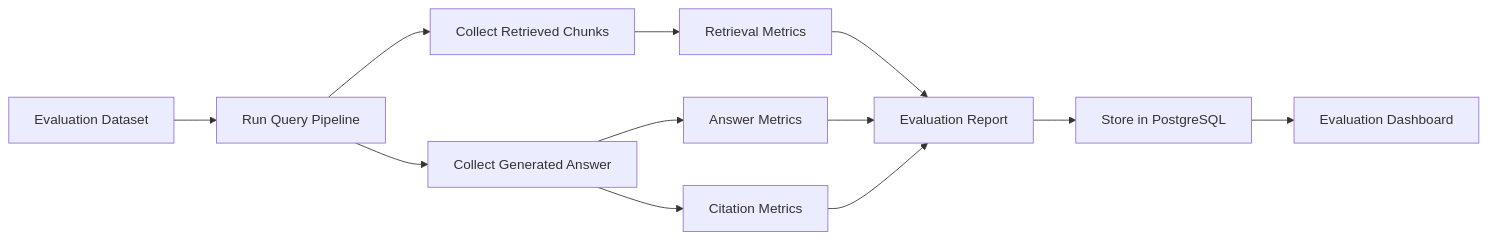
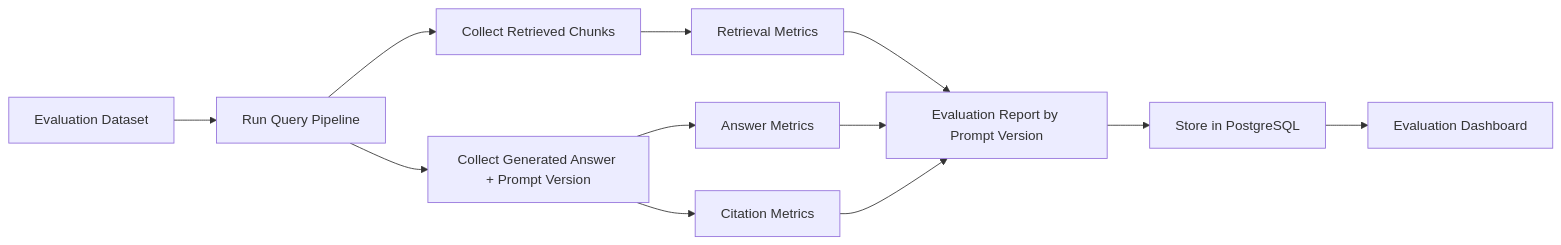
Before and after one commit to meghrazchi/rudix: the fourth of 4 diagrams in docs/03_RAG_WORKFLOW.md, drawn with Mermaid. The commit also changed other lines of this file and 42 other files, not shown here.

````diff
--- a/docs/03_RAG_WORKFLOW.md
+++ b/docs/03_RAG_WORKFLOW.md
@@ -355,14 +366,14 @@
 ```mermaid
 flowchart LR
     A[Evaluation Dataset] --> B[Run Query Pipeline]
     B --> C[Collect Retrieved Chunks]
-    B --> D[Collect Generated Answer]
+    B --> D[Collect Generated Answer + Prompt Version]
     C --> E[Retrieval Metrics]
     D --> F[Answer Metrics]
     D --> G[Citation Metrics]
-    E --> H[Evaluation Report]
+    E --> H[Evaluation Report by Prompt Version]
     F --> H
     G --> H
     H --> I[Store in PostgreSQL]
     I --> J[Evaluation Dashboard]
 ```
````
